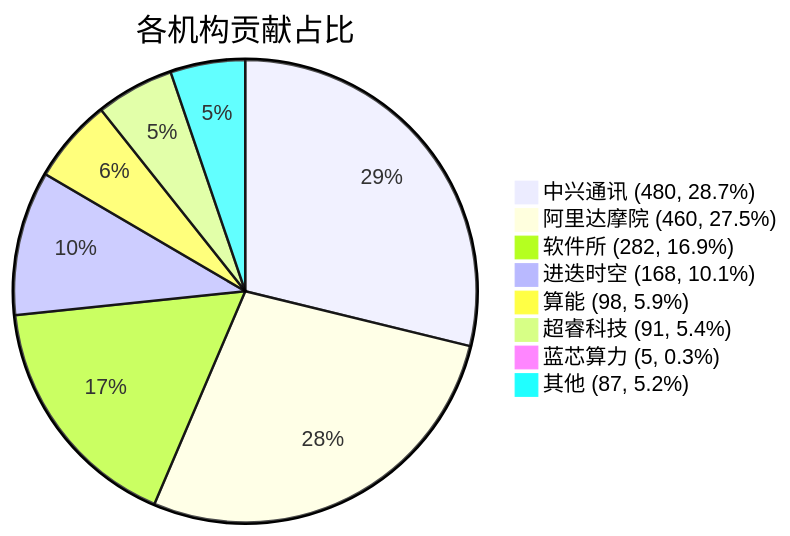
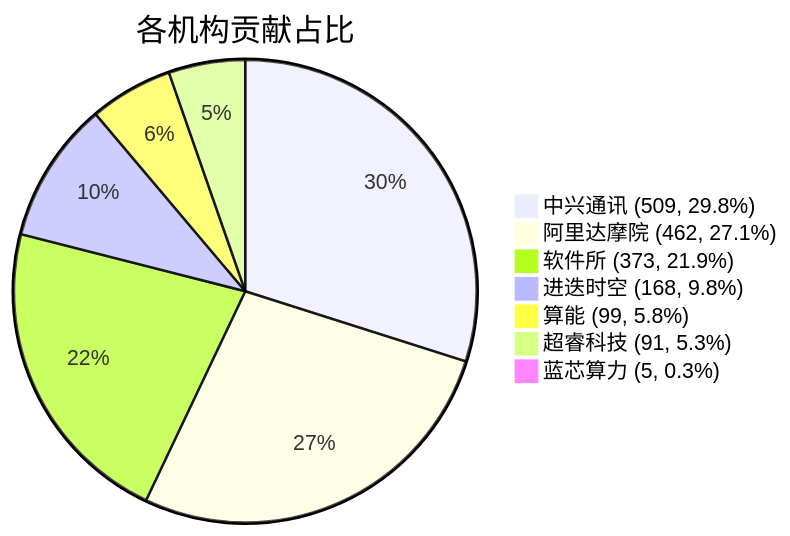
Before and after one commit to RVCK-Project/rvck: the diagram in docs/index.md, drawn with Mermaid. The commit also changed other lines of this file and 23 other files, not shown here.

````diff
--- a/docs/index.md
+++ b/docs/index.md
@@ -40,11 +34,10 @@
 ```mermaid
 pie title 各机构贡献占比
-    "中兴通讯 (480, 28.7%)" : 480
-    "阿里达摩院 (460, 27.5%)" : 460
-    "软件所 (282, 16.9%)" : 282
-    "进迭时空 (168, 10.1%)" : 168
-    "算能 (98, 5.9%)" : 98
-    "超睿科技 (91, 5.4%)" : 91
+    "中兴通讯 (509, 29.8%)" : 509
+    "阿里达摩院 (462, 27.1%)" : 462
+    "软件所 (373, 21.9%)" : 373
+    "进迭时空 (168, 9.8%)" : 168
+    "算能 (99, 5.8%)" : 99
+    "超睿科技 (91, 5.3%)" : 91
     "蓝芯算力 (5, 0.3%)" : 5
-    "其他 (87, 5.2%)" : 87
 ```
````
